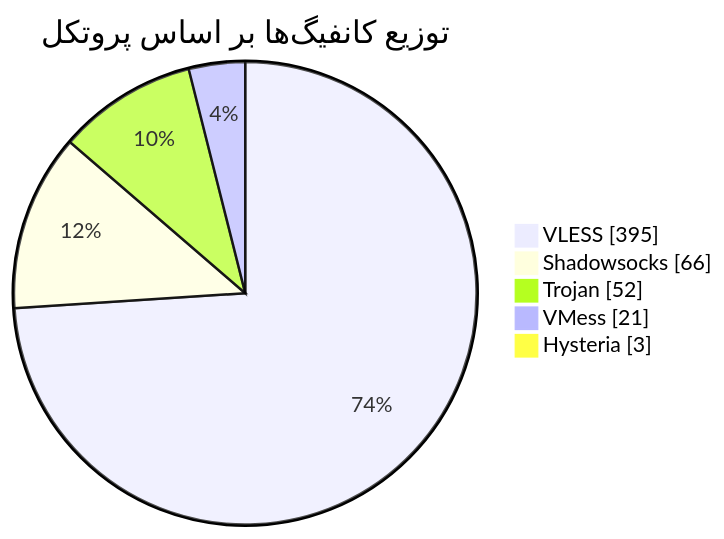
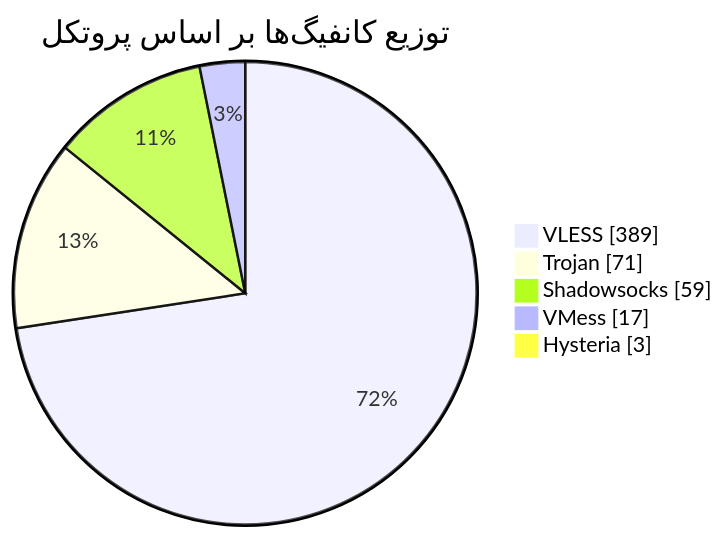
The diagram in README.md (Arian-Alijani/Somthing), drawn with Mermaid before and after one commit. The commit also changed other lines of this file and 61 other files, not shown here.

````diff
--- a/README.md
+++ b/README.md
@@ -47,9 +47,9 @@
 ```mermaid
 pie showData
     title توزیع کانفیگ‌ها بر اساس پروتکل
-    "VLESS" : 395
-    "Shadowsocks" : 66
-    "Trojan" : 52
-    "VMess" : 21
+    "VLESS" : 389
+    "Trojan" : 71
+    "Shadowsocks" : 59
+    "VMess" : 17
     "Hysteria" : 3
 ```
````
